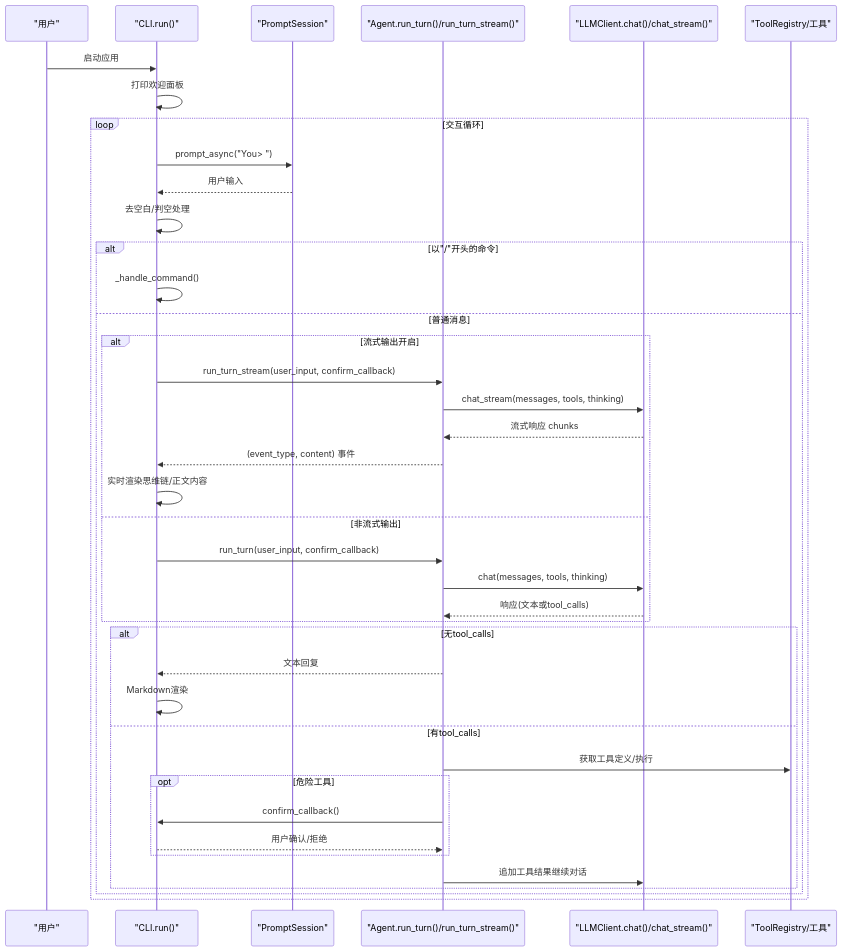
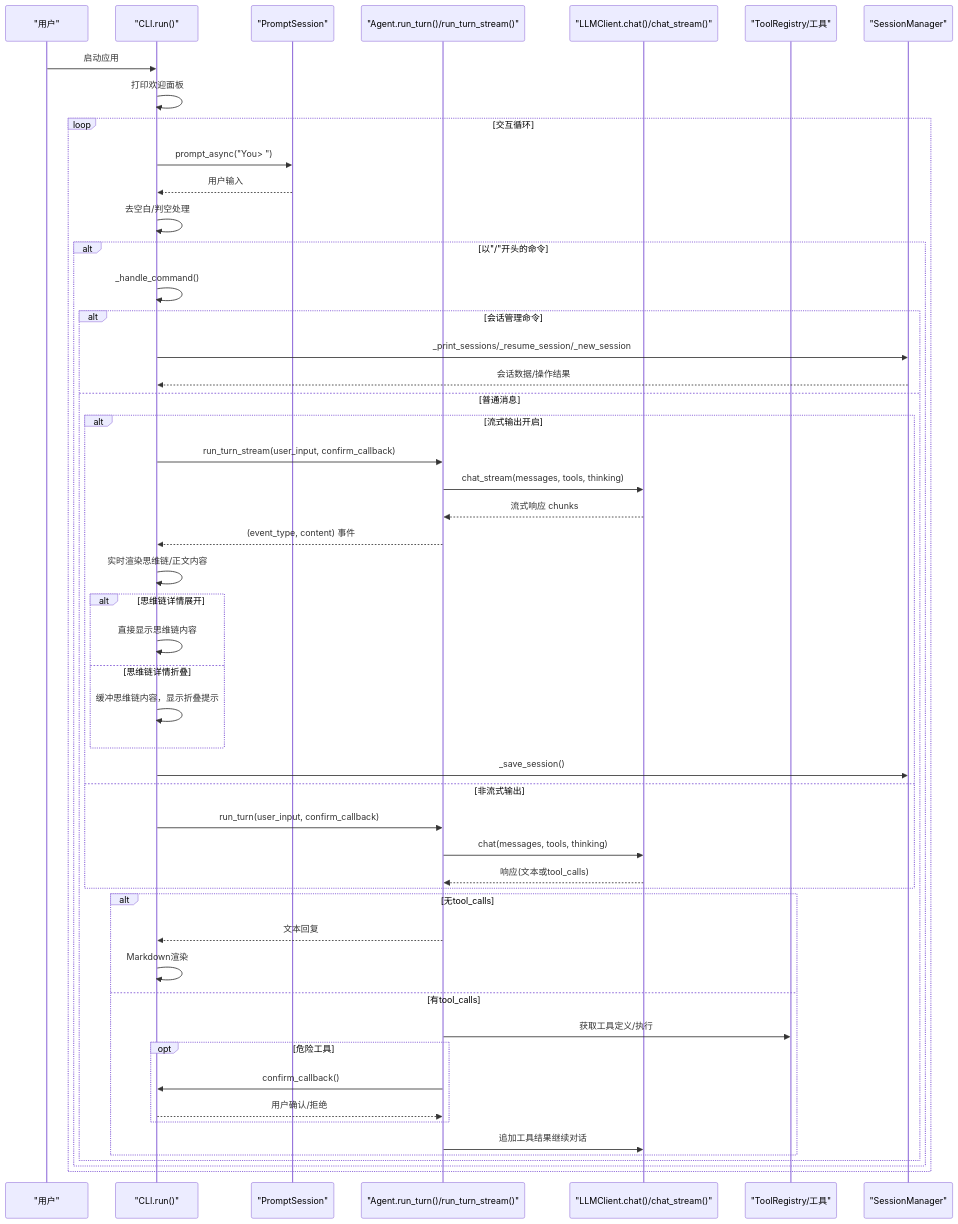
One commit to 250shiwo/MySmallAgent changed the second of 3 diagrams in .qoder/repowiki/zh/content/核心模块详解/CLI 交互层.md. Above: the diagram before and after it, drawn with Mermaid. The commit also changed other lines of this file and 34 other files, not shown here.

````diff
--- a/.qoder/repowiki/zh/content/核心模块详解/CLI 交互层.md
+++ b/.qoder/repowiki/zh/content/核心模块详解/CLI 交互层.md
@@ -127,42 +146,53 @@
 ```mermaid
 sequenceDiagram
 participant User as "用户"
 participant CLI as "CLI.run()"
 participant Session as "PromptSession"
 participant Agent as "Agent.run_turn()/run_turn_stream()"
 participant LLM as "LLMClient.chat()/chat_stream()"
 participant Tools as "ToolRegistry/工具"
+participant SessionManager as "SessionManager"
 User->>CLI : 启动应用
 CLI->>CLI : 打印欢迎面板
 loop 交互循环
 CLI->>Session : prompt_async("You> ")
 Session-->>CLI : 用户输入
 CLI->>CLI : 去空白/判空处理
 alt 以"/"开头的命令
 CLI->>CLI : _handle_command()
+alt 会话管理命令
+CLI->>SessionManager : _print_sessions/_resume_session/_new_session
+SessionManager-->>CLI : 会话数据/操作结果
 else 普通消息
 alt 流式输出开启
 CLI->>Agent : run_turn_stream(user_input, confirm_callback)
 Agent->>LLM : chat_stream(messages, tools, thinking)
 LLM-->>Agent : 流式响应 chunks
 Agent-->>CLI : (event_type, content) 事件
 CLI->>CLI : 实时渲染思维链/正文内容
+alt 思维链详情展开
+CLI->>CLI : 直接显示思维链内容
+else 思维链详情折叠
+CLI->>CLI : 缓冲思维链内容，显示折叠提示
+end
+CLI->>SessionManager : _save_session()
 else 非流式输出
 CLI->>Agent : run_turn(user_input, confirm_callback)
 Agent->>LLM : chat(messages, tools, thinking)
 LLM-->>Agent : 响应(文本或tool_calls)
 end
 alt 无tool_calls
 Agent-->>CLI : 文本回复
 CLI->>CLI : Markdown渲染
 else 有tool_calls
 Agent->>Tools : 获取工具定义/执行
 opt 危险工具
 Agent->>CLI : confirm_callback()
 CLI-->>Agent : 用户确认/拒绝
 end
 Agent->>LLM : 追加工具结果继续对话
 end
 end
 end
+end
 ```
````
